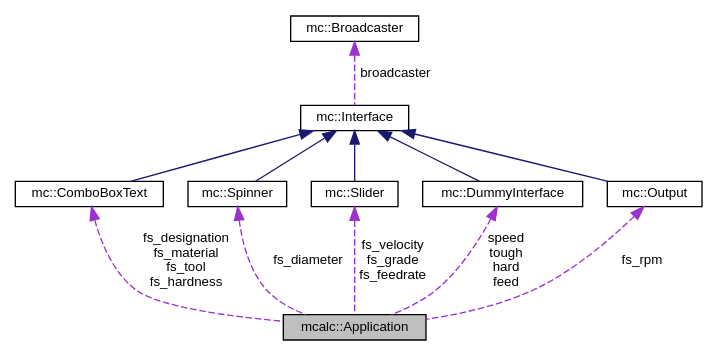
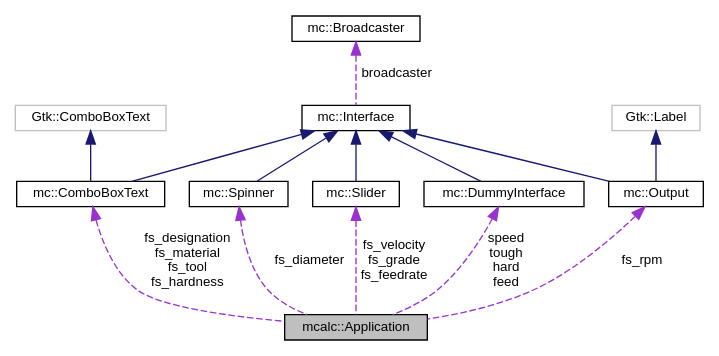
Before and after one commit to mjhouse/mcalc: the diagram in docs/classmcalc_1_1Application__coll__graph.dot, drawn with Graphviz. The commit also changed 54 other files, not shown here.

```diff
--- a/docs/classmcalc_1_1Application__coll__graph.dot
+++ b/docs/classmcalc_1_1Application__coll__graph.dot
@@ -1,24 +1,28 @@
 digraph "mcalc::Application"
 {
   edge [fontname="Helvetica",fontsize="10",labelfontname="Helvetica",labelfontsize="10"];
   node [fontname="Helvetica",fontsize="10",shape=record];
   Node1 [label="mcalc::Application",height=0.2,width=0.4,color="black", fillcolor="grey75", style="filled", fontcolor="black"];
   Node2 -> Node1 [dir="back",color="darkorchid3",fontsize="10",style="dashed",label=" fs_designation\nfs_material\nfs_tool\nfs_hardness" ,fontname="Helvetica"];
   Node2 [label="mc::ComboBoxText",height=0.2,width=0.4,color="black", fillcolor="white", style="filled",URL="$classmc_1_1ComboBoxText.html"];
   Node3 -> Node2 [dir="back",color="midnightblue",fontsize="10",style="solid",fontname="Helvetica"];
   Node3 [label="mc::Interface",height=0.2,width=0.4,color="black", fillcolor="white", style="filled",URL="$classmc_1_1Interface.html"];
   Node4 -> Node3 [dir="back",color="darkorchid3",fontsize="10",style="dashed",label=" broadcaster" ,fontname="Helvetica"];
   Node4 [label="mc::Broadcaster",height=0.2,width=0.4,color="black", fillcolor="white", style="filled",URL="$classmc_1_1Broadcaster.html"];
-  Node5 -> Node1 [dir="back",color="darkorchid3",fontsize="10",style="dashed",label=" fs_diameter" ,fontname="Helvetica"];
-  Node5 [label="mc::Spinner",height=0.2,width=0.4,color="black", fillcolor="white", style="filled",URL="$classmc_1_1Spinner.html"];
-  Node3 -> Node5 [dir="back",color="midnightblue",fontsize="10",style="solid",fontname="Helvetica"];
-  Node6 -> Node1 [dir="back",color="darkorchid3",fontsize="10",style="dashed",label=" fs_velocity\nfs_grade\nfs_feedrate" ,fontname="Helvetica"];
-  Node6 [label="mc::Slider",height=0.2,width=0.4,color="black", fillcolor="white", style="filled",URL="$classmc_1_1Slider.html"];
+  Node5 -> Node2 [dir="back",color="midnightblue",fontsize="10",style="solid",fontname="Helvetica"];
+  Node5 [label="Gtk::ComboBoxText",height=0.2,width=0.4,color="grey75", fillcolor="white", style="filled"];
+  Node6 -> Node1 [dir="back",color="darkorchid3",fontsize="10",style="dashed",label=" fs_diameter" ,fontname="Helvetica"];
+  Node6 [label="mc::Spinner",height=0.2,width=0.4,color="black", fillcolor="white", style="filled",URL="$classmc_1_1Spinner.html"];
   Node3 -> Node6 [dir="back",color="midnightblue",fontsize="10",style="solid",fontname="Helvetica"];
-  Node7 -> Node1 [dir="back",color="darkorchid3",fontsize="10",style="dashed",label=" speed\ntough\nhard\nfeed" ,fontname="Helvetica"];
-  Node7 [label="mc::DummyInterface",height=0.2,width=0.4,color="black", fillcolor="white", style="filled",URL="$classmc_1_1DummyInterface.html"];
+  Node7 -> Node1 [dir="back",color="darkorchid3",fontsize="10",style="dashed",label=" fs_velocity\nfs_grade\nfs_feedrate" ,fontname="Helvetica"];
+  Node7 [label="mc::Slider",height=0.2,width=0.4,color="black", fillcolor="white", style="filled",URL="$classmc_1_1Slider.html"];
   Node3 -> Node7 [dir="back",color="midnightblue",fontsize="10",style="solid",fontname="Helvetica"];
-  Node8 -> Node1 [dir="back",color="darkorchid3",fontsize="10",style="dashed",label=" fs_rpm" ,fontname="Helvetica"];
-  Node8 [label="mc::Output",height=0.2,width=0.4,color="black", fillcolor="white", style="filled",URL="$classmc_1_1Output.html"];
+  Node8 -> Node1 [dir="back",color="darkorchid3",fontsize="10",style="dashed",label=" speed\ntough\nhard\nfeed" ,fontname="Helvetica"];
+  Node8 [label="mc::DummyInterface",height=0.2,width=0.4,color="black", fillcolor="white", style="filled",URL="$classmc_1_1DummyInterface.html"];
   Node3 -> Node8 [dir="back",color="midnightblue",fontsize="10",style="solid",fontname="Helvetica"];
+  Node9 -> Node1 [dir="back",color="darkorchid3",fontsize="10",style="dashed",label=" fs_rpm" ,fontname="Helvetica"];
+  Node9 [label="mc::Output",height=0.2,width=0.4,color="black", fillcolor="white", style="filled",URL="$classmc_1_1Output.html"];
+  Node3 -> Node9 [dir="back",color="midnightblue",fontsize="10",style="solid",fontname="Helvetica"];
+  Node10 -> Node9 [dir="back",color="midnightblue",fontsize="10",style="solid",fontname="Helvetica"];
+  Node10 [label="Gtk::Label",height=0.2,width=0.4,color="grey75", fillcolor="white", style="filled"];
 }
```
